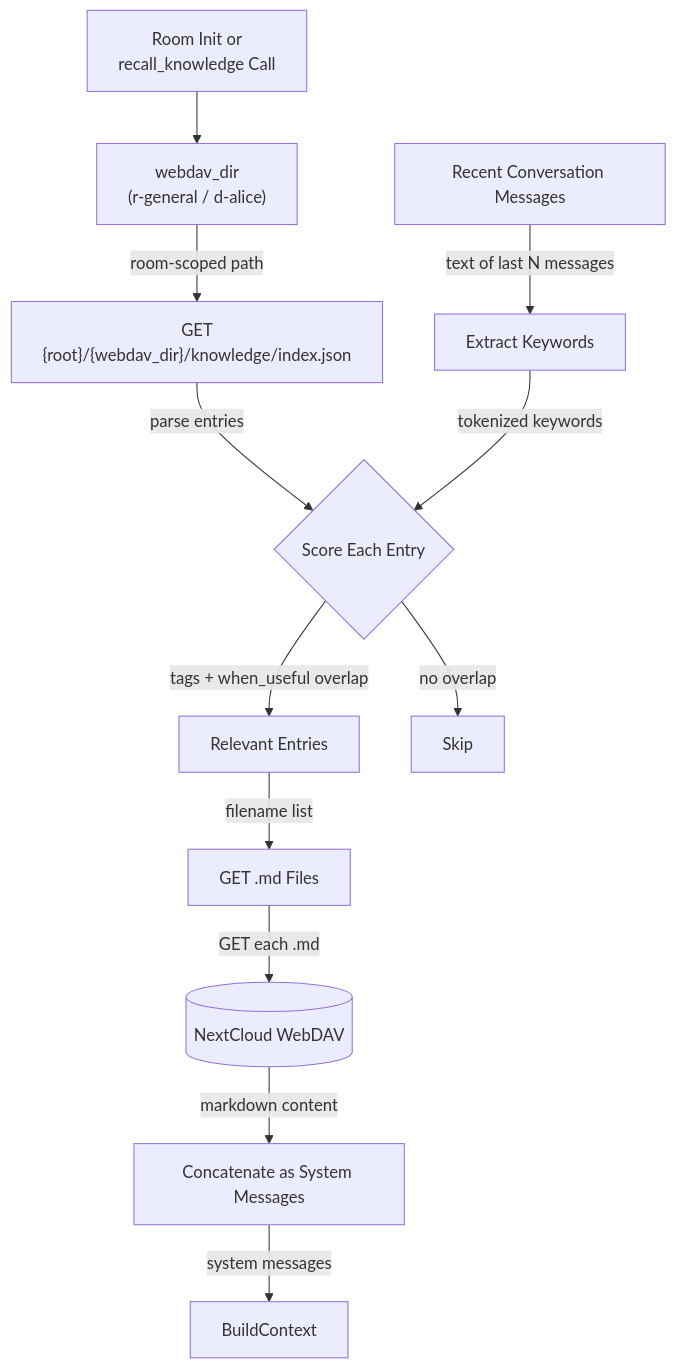
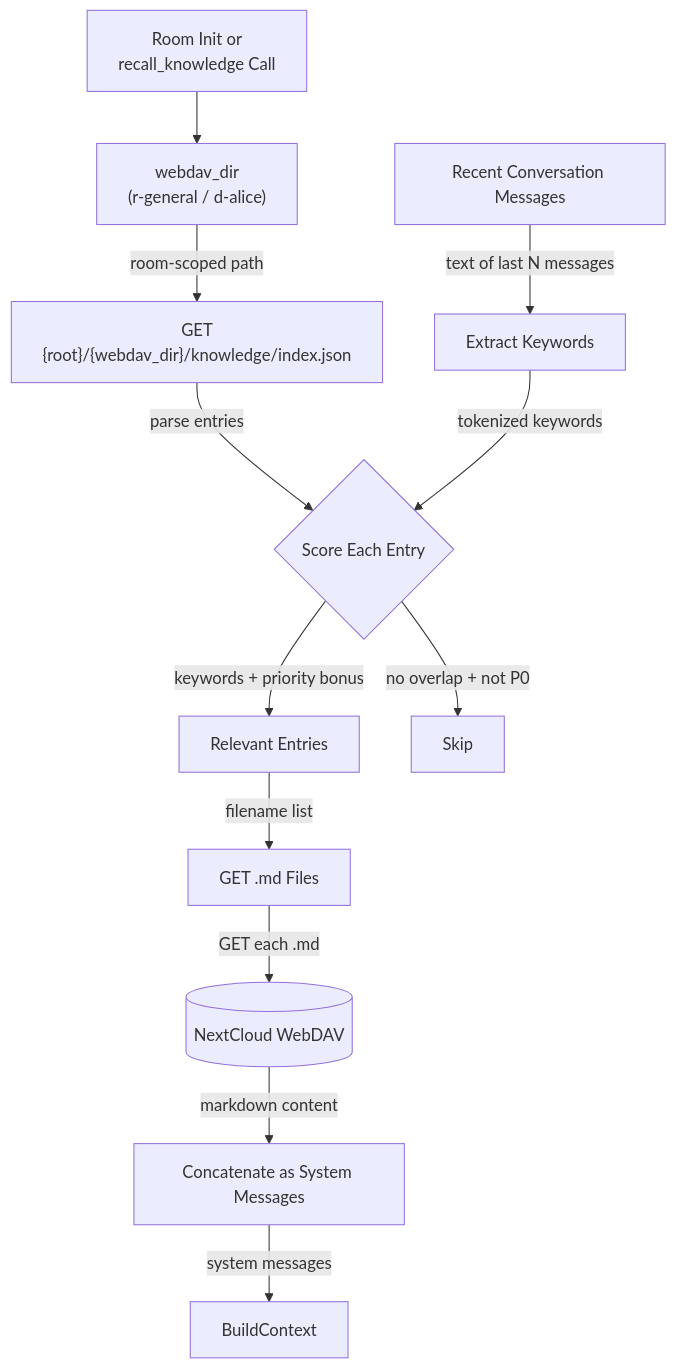
The fifth of 5 diagrams in _dfds/base/knowledge.md (cosmoswafer/rockbot), drawn with Mermaid before and after one commit. The commit also changed other lines of this file and 3 other files, not shown here.

````diff
--- a/_dfds/base/knowledge.md
+++ b/_dfds/base/knowledge.md
@@ -182,27 +182,27 @@
 ```mermaid
 flowchart TD
     INIT[Room Init or<br/>recall_knowledge Call]
     ROOM["webdav_dir<br/>(r-general / d-alice)"]
     GET_IDX["GET<br/>{root}/{webdav_dir}/knowledge/index.json"]
     DAV[(NextCloud WebDAV)]
     CTX_MSGS[Recent Conversation Messages]
     EXTRACT_KW[Extract Keywords]
     SCORE{Score Each Entry}
     RELEVANT[Relevant Entries]
     LOAD[GET .md Files]
     CONCAT[Concatenate as System Messages]
     INJECT[BuildContext]
     SKIP[Skip]
 
     INIT --> ROOM
     ROOM -->|"room-scoped path"| GET_IDX
     GET_IDX -->|"parse entries"| SCORE
     CTX_MSGS -->|"text of last N messages"| EXTRACT_KW
     EXTRACT_KW -->|"tokenized keywords"| SCORE
-    SCORE -->|"tags + when_useful overlap"| RELEVANT
-    SCORE -->|"no overlap"| SKIP
+    SCORE -->|"keywords + priority bonus"| RELEVANT
+    SCORE -->|"no overlap + not P0"| SKIP
     RELEVANT -->|"filename list"| LOAD
     LOAD -->|"GET each .md"| DAV
     DAV -->|"markdown content"| CONCAT
     CONCAT -->|"system messages"| INJECT
 ```
````
